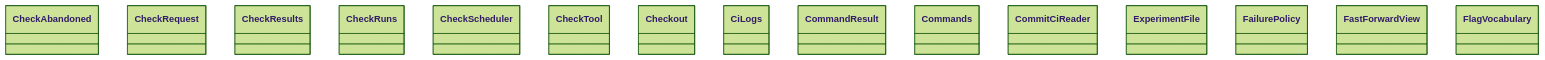
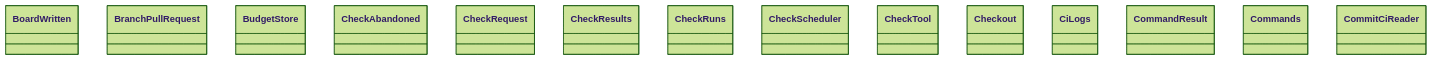
Before and after one commit to GonzaloZevallos/agentic-system: the diagram in docs/architecture/generated/classes-process-application-support-2.md, drawn with Mermaid (forest theme). The commit also changed other lines of this file and 58 other files, not shown here.

Commit message:
Docs: regenerate the architecture pages for the board_schema module

````diff
--- a/docs/architecture/generated/classes-process-application-support-2.md
+++ b/docs/architecture/generated/classes-process-application-support-2.md
@@ -20,18 +21,17 @@
 ```mermaid
 classDiagram
+    class ports__BoardWritten["BoardWritten"]
+    class ports__BranchPullRequest["BranchPullRequest"]
+    class ports__BudgetStore["BudgetStore"]
     class ports__CheckAbandoned["CheckAbandoned"]
     class ports__CheckRequest["CheckRequest"]
     class ports__CheckResults["CheckResults"]
     class ports__CheckRuns["CheckRuns"]
     class ports__CheckScheduler["CheckScheduler"]
     class ports__CheckTool["CheckTool"]
     class ports__Checkout["Checkout"]
     class ports__CiLogs["CiLogs"]
     class ports__CommandResult["CommandResult"]
     class ports__Commands["Commands"]
     class ports__CommitCiReader["CommitCiReader"]
-    class ports__ExperimentFile["ExperimentFile"]
-    class ports__FailurePolicy["FailurePolicy"]
-    class ports__FastForwardView["FastForwardView"]
-    class ports__FlagVocabulary["FlagVocabulary"]
 ```
````
